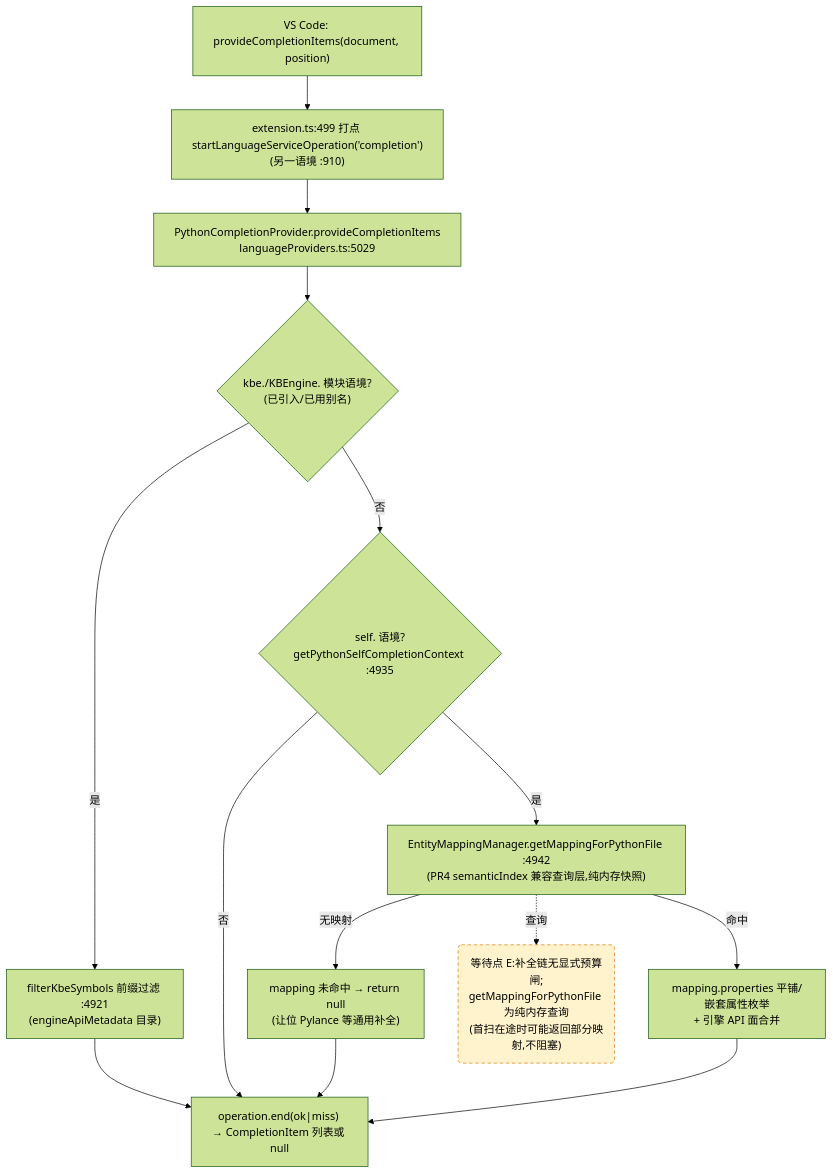
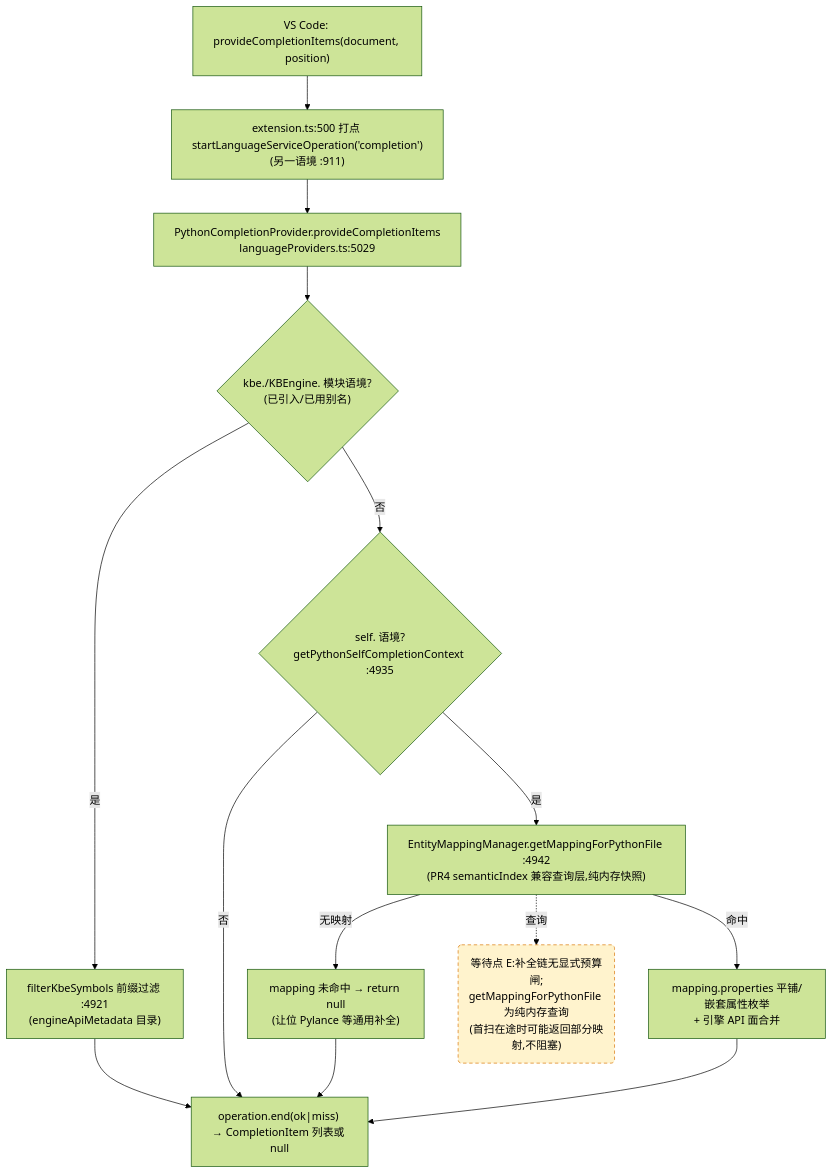
One commit to cuihairu/kode changed the third of 4 diagrams in docs/perf/2026-baseline.md. Above: the diagram before and after it, drawn with Mermaid (forest theme). The commit also changed other lines of this file and 7 other files, not shown here.

````diff
--- a/docs/perf/2026-baseline.md
+++ b/docs/perf/2026-baseline.md
@@ -184,27 +184,27 @@
 ```mermaid
 flowchart TD
   VC3["VS Code: provideCompletionItems(document, position)"]
-  M3["extension.ts:499 打点 startLanguageServiceOperation('completion')<br/>(另一语境 :910)"]
+  M3["extension.ts:500 打点 startLanguageServiceOperation('completion')<br/>(另一语境 :911)"]
   CP["PythonCompletionProvider.provideCompletionItems<br/>languageProviders.ts:5029"]
   KBEC{"kbe./KBEngine. 模块语境?<br/>(已引入/已用别名)"}
   FILTER["filterKbeSymbols 前缀过滤 :4921<br/>(engineApiMetadata 目录)"]
   SELFC{"self. 语境?<br/>getPythonSelfCompletionContext :4935"}
   MAP["EntityMappingManager.getMappingForPythonFile :4942<br/>(PR4 semanticIndex 兼容查询层,纯内存快照)"]
   NOMAP["mapping 未命中 → return null<br/>(让位 Pylance 等通用补全)"]
   PROPS["mapping.properties 平铺/嵌套属性枚举<br/>+ 引擎 API 面合并"]
   END3["operation.end(ok|miss) → CompletionItem 列表或 null"]
 
   VC3 --> M3 --> CP --> KBEC
   KBEC -- "是" --> FILTER --> END3
   KBEC -- "否" --> SELFC
   SELFC -- "否" --> END3
   SELFC -- "是" --> MAP
   MAP -- "无映射" --> NOMAP --> END3
   MAP -- "命中" --> PROPS --> END3
 
   WAITE("等待点 E:补全链无显式预算闸;<br/>getMappingForPythonFile 为纯内存查询<br/>(首扫在途时可能返回部分映射,不阻塞)")
   MAP -.->|查询| WAITE
 
   classDef waitPoint fill:#fff3cd,stroke:#d97706,stroke-dasharray:5 4;
   class WAITE waitPoint;
 ```
````
